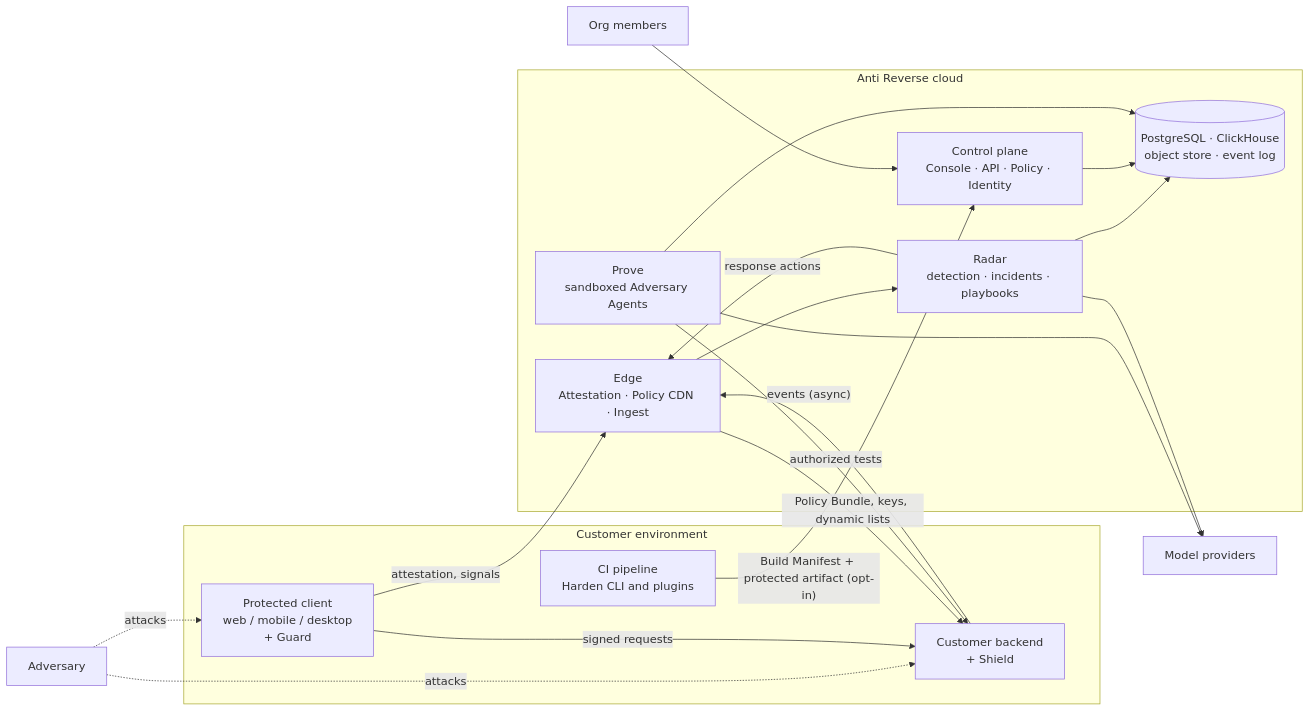
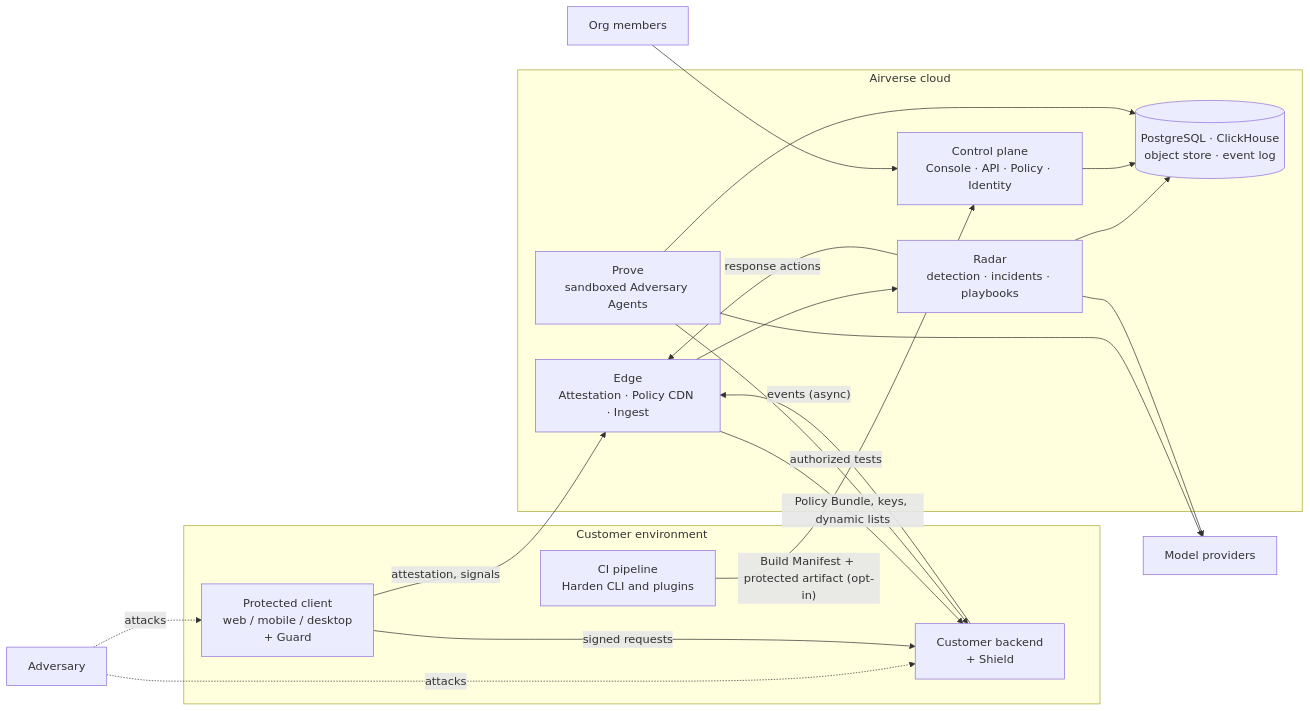
The first of 6 diagrams in SDD.md (imransetiadi/antireverse), drawn with Mermaid before and after one commit. The commit also changed other lines of this file and 33 other files, not shown here.

````diff
--- a/SDD.md
+++ b/SDD.md
@@ -46,34 +46,34 @@
 ```mermaid
 flowchart LR
   ADV["Adversary"]
   USERS["Org members"]
   subgraph CUST["Customer environment"]
     CI["CI pipeline<br/>Harden CLI and plugins"]
     APP["Protected client<br/>web / mobile / desktop<br/>+ Guard"]
     SRV["Customer backend<br/>+ Shield"]
   end
-  subgraph AR["Anti Reverse cloud"]
+  subgraph AR["Airverse cloud"]
     EDGE["Edge<br/>Attestation · Policy CDN · Ingest"]
     CP["Control plane<br/>Console · API · Policy · Identity"]
     RADAR["Radar<br/>detection · incidents · playbooks"]
     PROVE["Prove<br/>sandboxed Adversary Agents"]
     DATA[("PostgreSQL · ClickHouse<br/>object store · event log")]
   end
   LLM["Model providers"]
   ADV -. attacks .-> APP
   ADV -. attacks .-> SRV
   USERS --> CP
   CI -- "Build Manifest + protected artifact (opt-in)" --> CP
   APP -- "attestation, signals" --> EDGE
   APP -- "signed requests" --> SRV
   SRV -- "events (async)" --> EDGE
   EDGE -- "Policy Bundle, keys, dynamic lists" --> SRV
   EDGE --> RADAR
   RADAR --> DATA
   CP --> DATA
   RADAR -- "response actions" --> EDGE
   PROVE -- "authorized tests" --> SRV
   PROVE --> DATA
   PROVE --> LLM
   RADAR --> LLM
 ```
````
